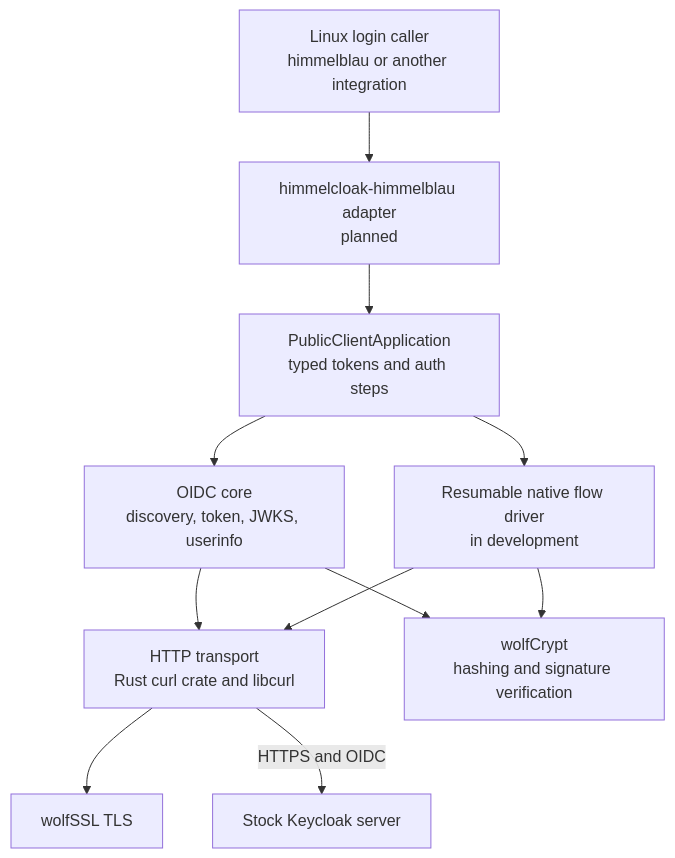
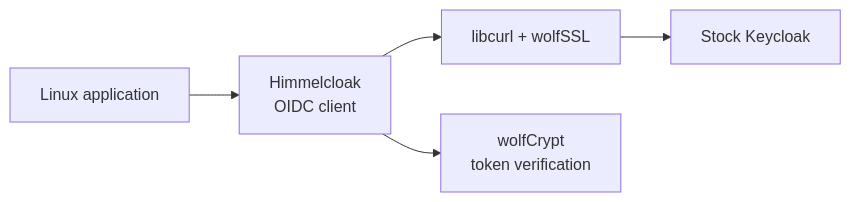
One commit to aidangarske/himmelcloak changed the diagram in README.md. Above: the diagram before and after it, drawn with Mermaid. The commit also changed other lines of this file and 47 other files, not shown here.

Commit message:
Keep Himmelcloak standalone and harden OIDC testing

````diff
--- a/README.md
+++ b/README.md
@@ -18,22 +19,6 @@
 ```mermaid
-flowchart TB
-    OS[Linux login caller<br/>himmelblau or another integration]
-    ADAPTER[himmelcloak-himmelblau adapter<br/>planned]
-    API[PublicClientApplication<br/>typed tokens and auth steps]
-    OIDC[OIDC core<br/>discovery, token, JWKS, userinfo]
-    FLOW[Resumable native flow driver<br/>in development]
-    HTTP[HTTP transport<br/>Rust curl crate and libcurl]
-    TLS[wolfSSL TLS]
-    CRYPT[wolfCrypt<br/>hashing and signature verification]
-    KC[Stock Keycloak server]
-
-    OS --> ADAPTER --> API
-    API --> OIDC
-    API --> FLOW
-    OIDC --> HTTP
-    FLOW --> HTTP
-    HTTP --> TLS
-    OIDC --> CRYPT
-    FLOW --> CRYPT
-    HTTP -->|HTTPS and OIDC| KC
+flowchart LR
+    APP[Linux application] --> HC[Himmelcloak<br/>OIDC client]
+    HC --> HTTP[libcurl + wolfSSL] --> KC[Stock Keycloak]
+    HC --> CRYPTO[wolfCrypt<br/>token verification]
 ```
````
